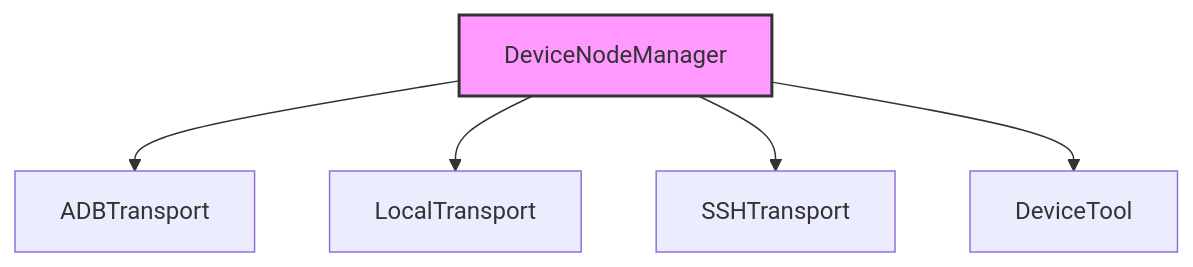
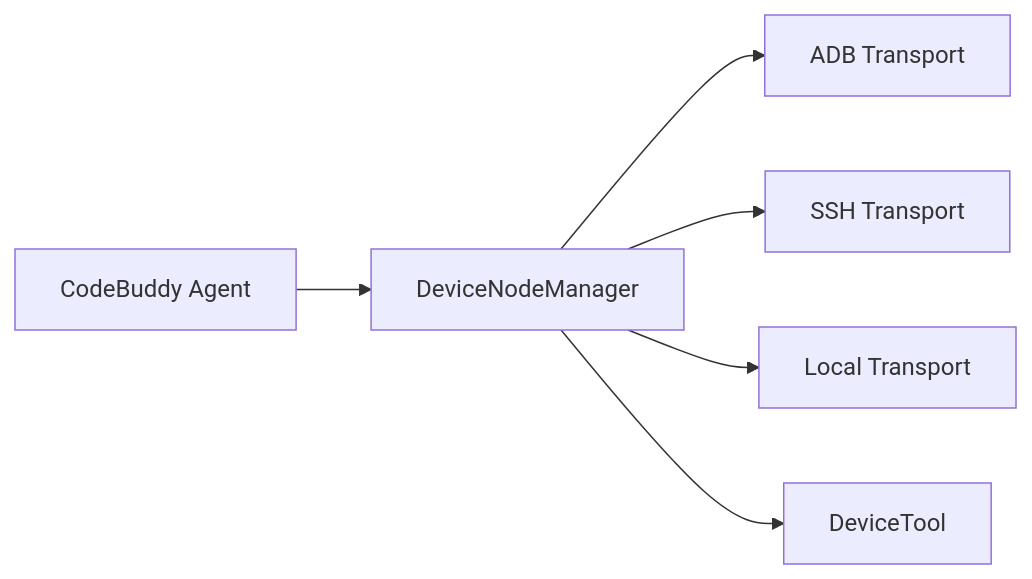
The diagram in .codebuddy/docs/3r-multi-device-management.md (Zeeeepa/code-buddy), drawn with Mermaid before and after one commit. The commit also changed other lines of this file and 29 other files, not shown here.

````diff
--- a/.codebuddy/docs/3r-multi-device-management.md
+++ b/.codebuddy/docs/3r-multi-device-management.md
@@ -15,9 +11,8 @@
 ```mermaid
-graph TD
-    A[DeviceNodeManager] --> B[ADBTransport]
-    A --> C[LocalTransport]
-    A --> D[SSHTransport]
-    A --> E[DeviceTool]
-    
-    style A fill:#f9f,stroke:#333,stroke-width:2px
+graph LR
+    Agent[CodeBuddy Agent] --> DNM[DeviceNodeManager]
+    DNM --> ADB[ADB Transport]
+    DNM --> SSH[SSH Transport]
+    DNM --> Local[Local Transport]
+    DNM --> DT[DeviceTool]
 ```
````
